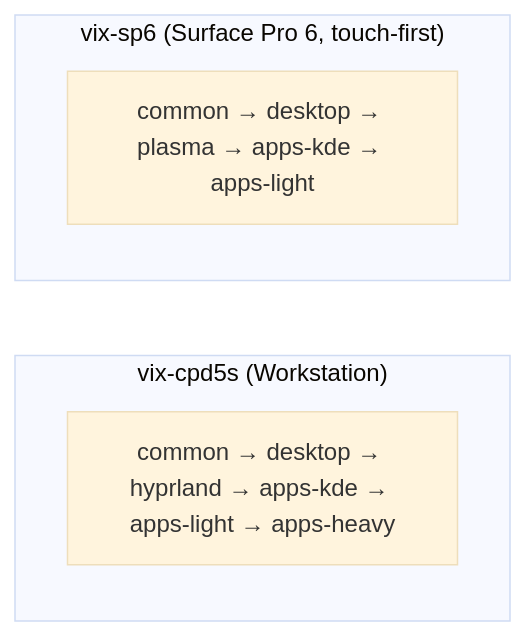
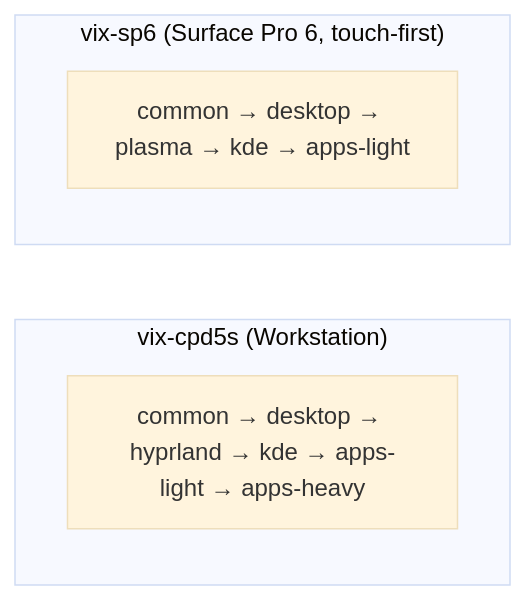
The second of 4 diagrams in docs/ARCHITECTURE.md (vixhentx/nixos), drawn with Mermaid (base theme) before and after one commit. The commit also changed other lines of this file and 10 other files, not shown here.

````diff
--- a/docs/ARCHITECTURE.md
+++ b/docs/ARCHITECTURE.md
@@ -50,10 +50,10 @@
 ```mermaid
 graph LR
     subgraph "vix-cpd5s (Workstation)"
-        cpd5s["common → desktop → hyprland → apps-kde → apps-light → apps-heavy"]
+        cpd5s["common → desktop → hyprland → kde → apps-light → apps-heavy"]
     end
 
     subgraph "vix-sp6 (Surface Pro 6, touch-first)"
-        sp6["common → desktop → plasma → apps-kde → apps-light"]
+        sp6["common → desktop → plasma → kde → apps-light"]
     end
 ```
````
